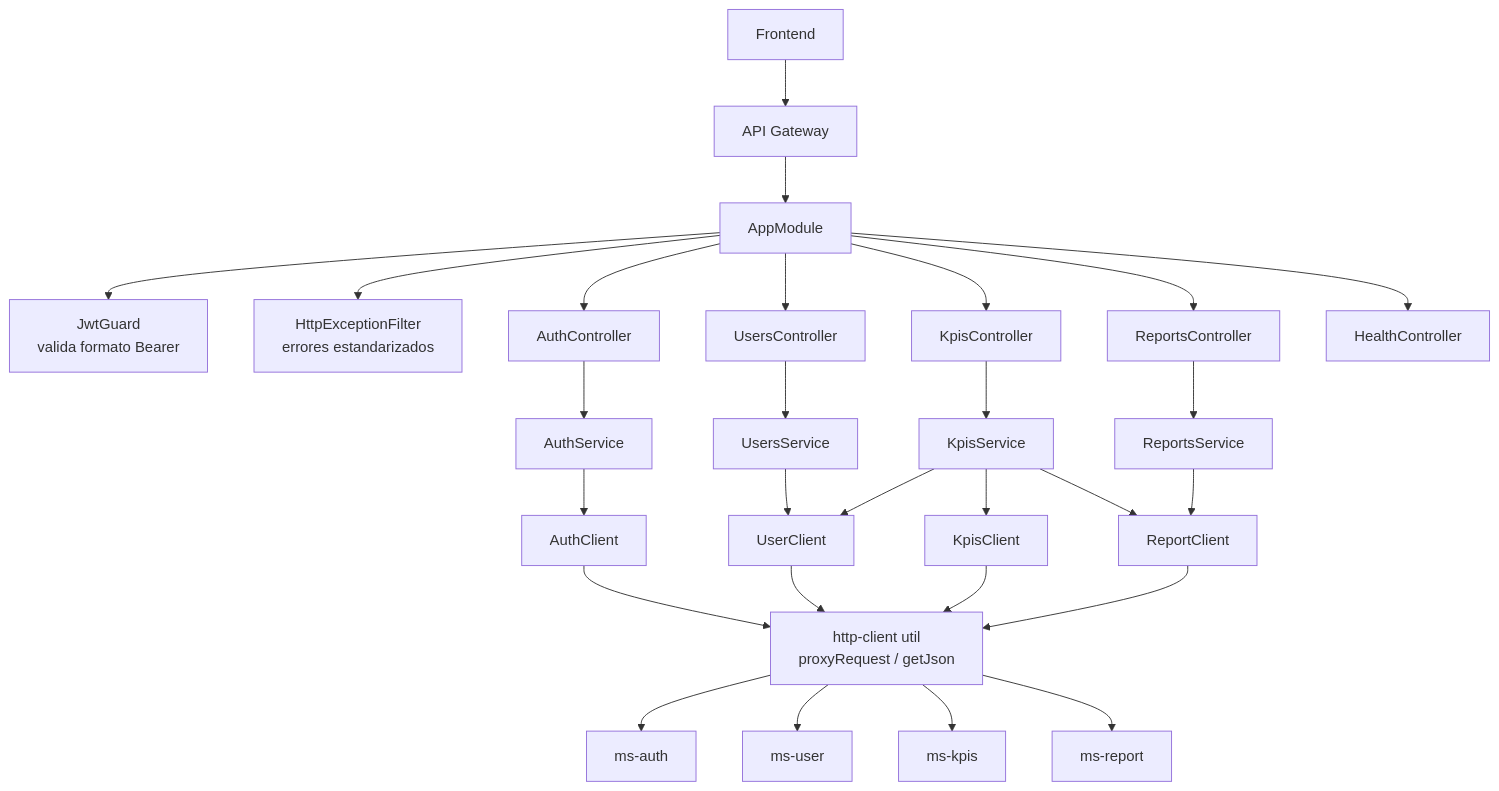
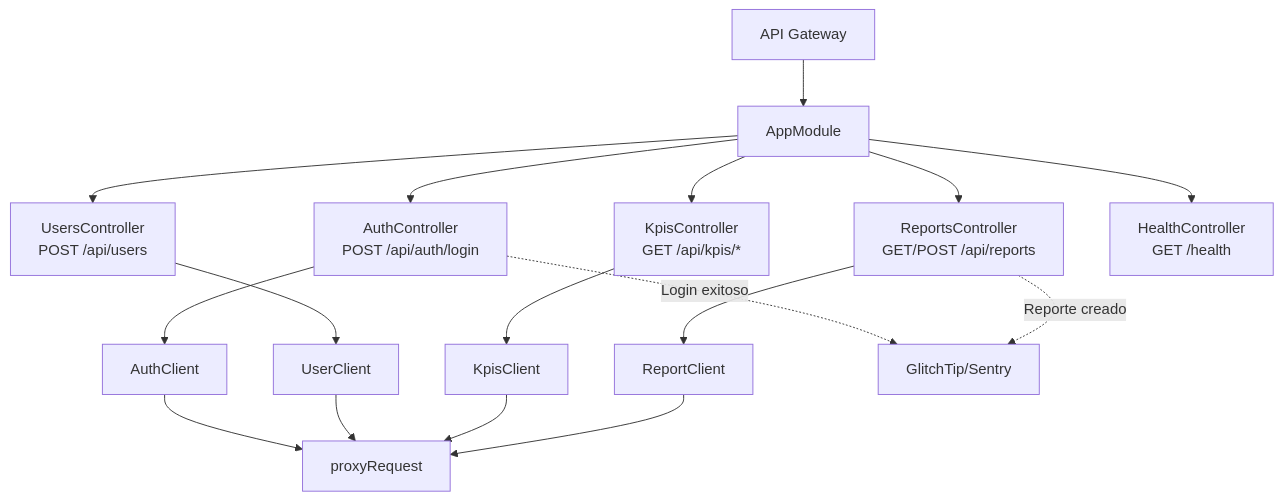
Before and after one commit to VitoSilva1/Grupo-cordillera: the third of 3 diagrams in docs/informe-tecnico-notebooklm.md, drawn with Mermaid. The commit also changed other lines of this file and 18 other files, not shown here.

Commit message:
docs: add project documentation, architecture diagrams, and service README files

````diff
--- a/docs/informe-tecnico-notebooklm.md
+++ b/docs/informe-tecnico-notebooklm.md
@@ -124,38 +100,25 @@
 ```mermaid
 flowchart TB
-  frontend["Frontend"]
   gateway["API Gateway"]
   app["AppModule"]
-  guard["JwtGuard<br/>valida formato Bearer"]
-  filter["HttpExceptionFilter<br/>errores estandarizados"]
-  authCtrl["AuthController"]
-  userCtrl["UsersController"]
-  kpiCtrl["KpisController"]
-  reportCtrl["ReportsController"]
-  healthCtrl["HealthController"]
-  authSvc["AuthService"]
-  userSvc["UsersService"]
-  kpiSvc["KpisService"]
-  reportSvc["ReportsService"]
+  authCtrl["AuthController\nPOST /api/auth/login"]
+  userCtrl["UsersController\nPOST /api/users"]
+  kpiCtrl["KpisController\nGET /api/kpis/*"]
+  reportCtrl["ReportsController\nGET/POST /api/reports"]
+  healthCtrl["HealthController\nGET /health"]
   authClient["AuthClient"]
   userClient["UserClient"]
   kpisClient["KpisClient"]
   reportClient["ReportClient"]
-  http["http-client util<br/>proxyRequest / getJson"]
-  msauth["ms-auth"]
-  msuser["ms-user"]
-  mskpis["ms-kpis"]
-  msreport["ms-report"]
+  http["proxyRequest"]
+  sentry["GlitchTip/Sentry"]
 
-  frontend --> gateway --> app
-  app --> guard
-  app --> filter
-  app --> authCtrl --> authSvc --> authClient --> http --> msauth
-  app --> userCtrl --> userSvc --> userClient --> http --> msuser
-  app --> kpiCtrl --> kpiSvc
-  kpiSvc --> kpisClient --> http --> mskpis
-  kpiSvc --> userClient
-  kpiSvc --> reportClient --> http --> msreport
-  app --> reportCtrl --> reportSvc --> reportClient
+  gateway --> app
+  app --> authCtrl --> authClient --> http
+  app --> userCtrl --> userClient --> http
+  app --> kpiCtrl --> kpisClient --> http
+  app --> reportCtrl --> reportClient --> http
   app --> healthCtrl
+  authCtrl -.->|"Login exitoso"| sentry
+  reportCtrl -.->|"Reporte creado"| sentry
 ```
````
